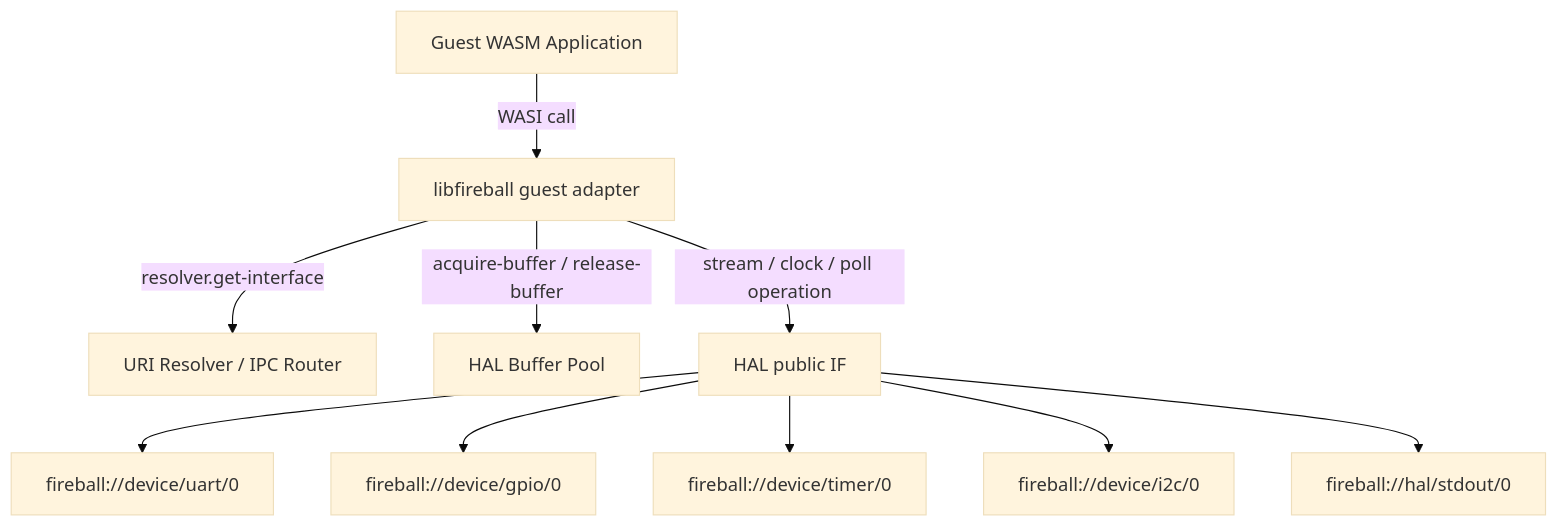
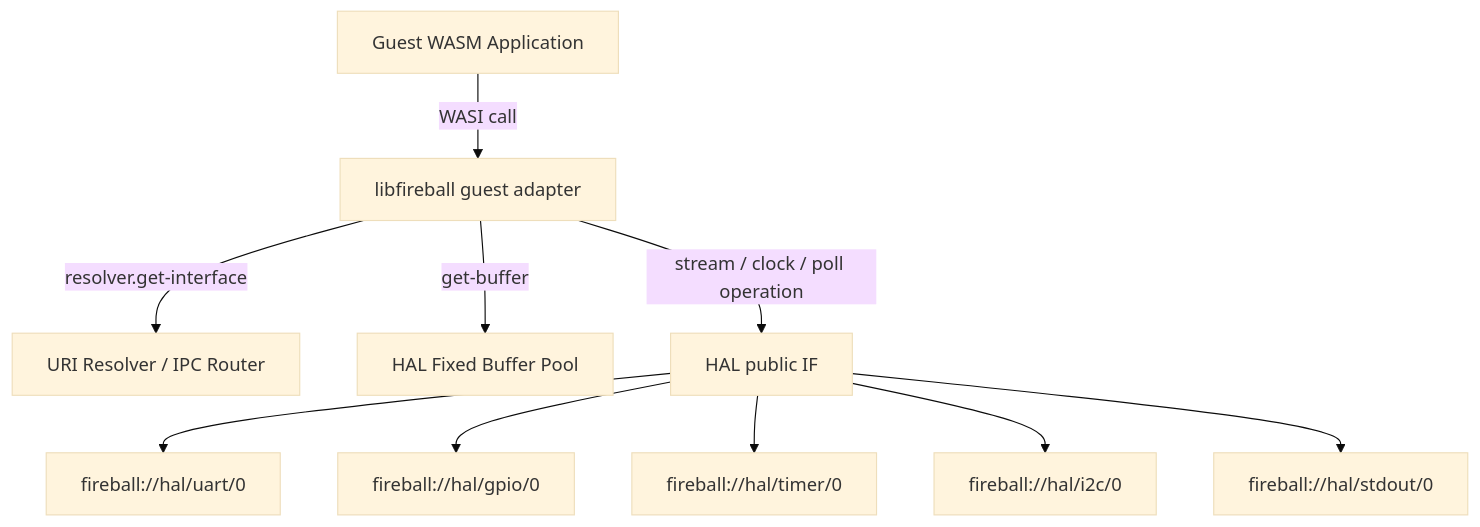
The diagram in docs/components/tier1_interface/interface_wit.md (kmt-t/fireball), drawn with Mermaid (base theme) before and after one commit. The commit also changed other lines of this file and 70 other files, not shown here.

````diff
--- a/docs/components/tier1_interface/interface_wit.md
+++ b/docs/components/tier1_interface/interface_wit.md
@@ -64,12 +62,12 @@
 ```mermaid
 flowchart TD
     Guest[Guest WASM Application] -->|WASI call| Lib[libfireball guest adapter]
     Lib -->|resolver.get-interface| Res[URI Resolver / IPC Router]
-    Lib -->|acquire-buffer / release-buffer| HBP[HAL Buffer Pool]
+    Lib -->|get-buffer| HBP[HAL Fixed Buffer Pool]
     Lib -->|stream / clock / poll operation| W3Core[HAL public IF]
-    W3Core --> UART[fireball://device/uart/0]
-    W3Core --> GPIO[fireball://device/gpio/0]
-    W3Core --> Timer[fireball://device/timer/0]
-    W3Core --> I2C[fireball://device/i2c/0]
+    W3Core --> UART[fireball://hal/uart/0]
+    W3Core --> GPIO[fireball://hal/gpio/0]
+    W3Core --> Timer[fireball://hal/timer/0]
+    W3Core --> I2C[fireball://hal/i2c/0]
     W3Core --> Console[fireball://hal/stdout/0]
 ```
````
